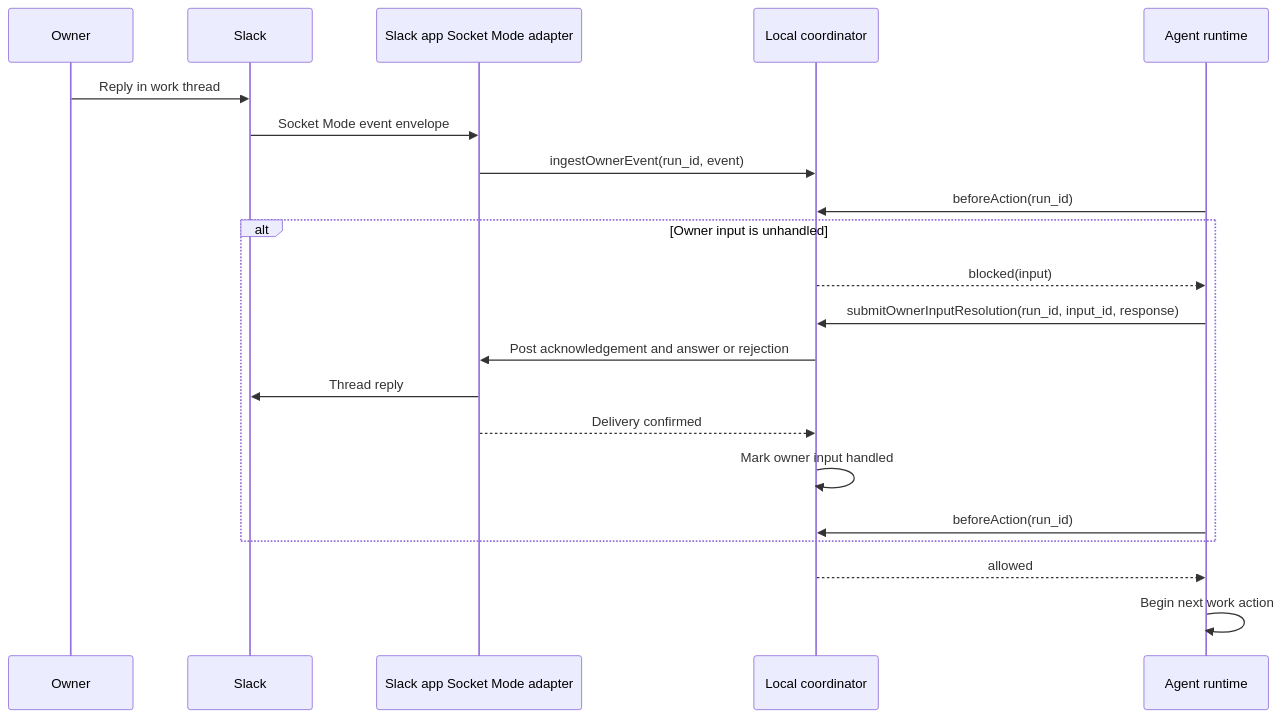
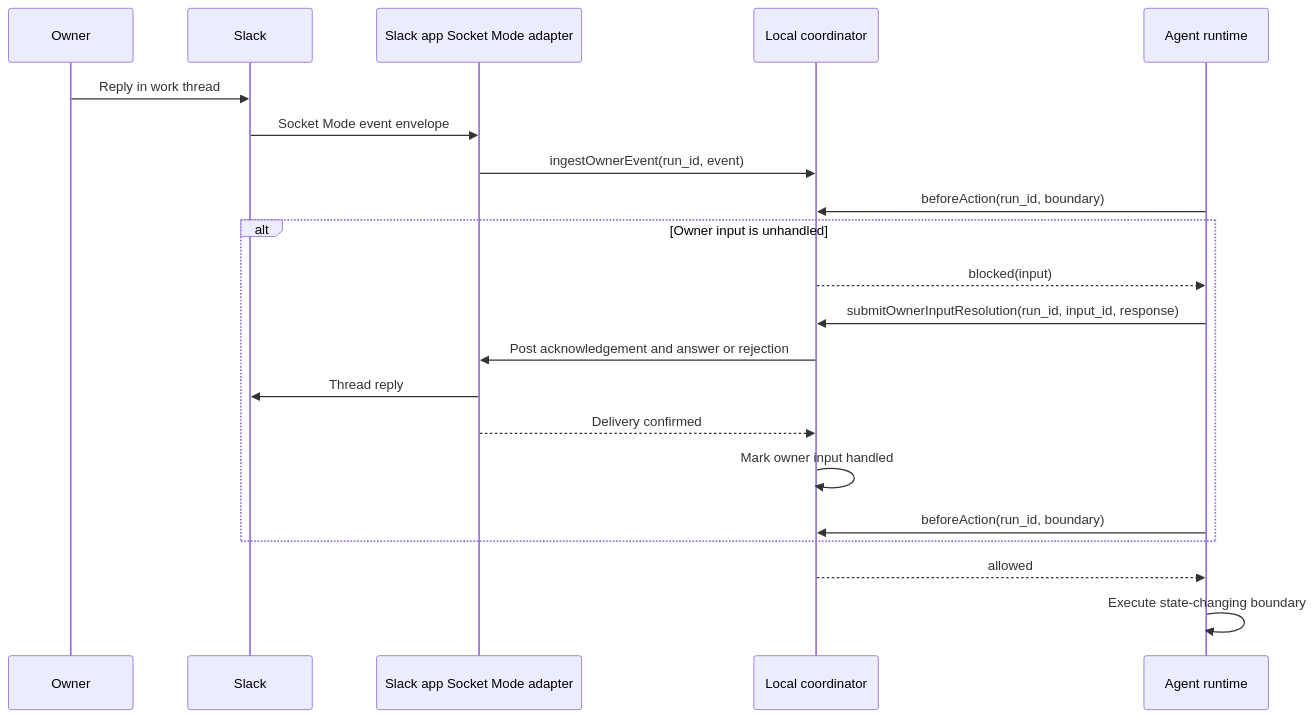
One commit to MarkTripoli/skills changed the second of 3 diagrams in .agents/tasks/i-want-new-skill/03-tdd-slack-agent-communication.md. Above: the diagram before and after it, drawn with Mermaid. The commit also changed other lines of this file, not shown here.

````diff
--- a/.agents/tasks/i-want-new-skill/03-tdd-slack-agent-communication.md
+++ b/.agents/tasks/i-want-new-skill/03-tdd-slack-agent-communication.md
@@ -46,24 +46,24 @@
 ```mermaid
 sequenceDiagram
     participant O as Owner
     participant S as Slack
     participant A as Slack app Socket Mode adapter
     participant C as Local coordinator
     participant R as Agent runtime
 
     O->>S: Reply in work thread
     S->>A: Socket Mode event envelope
     A->>C: ingestOwnerEvent(run_id, event)
-    R->>C: beforeAction(run_id)
+    R->>C: beforeAction(run_id, boundary)
     alt Owner input is unhandled
         C-->>R: blocked(input)
         R->>C: submitOwnerInputResolution(run_id, input_id, response)
         C->>A: Post acknowledgement and answer or rejection
         A->>S: Thread reply
         A-->>C: Delivery confirmed
         C->>C: Mark owner input handled
-        R->>C: beforeAction(run_id)
+        R->>C: beforeAction(run_id, boundary)
     end
     C-->>R: allowed
-    R->>R: Begin next work action
+    R->>R: Execute state-changing boundary
 ```
````
